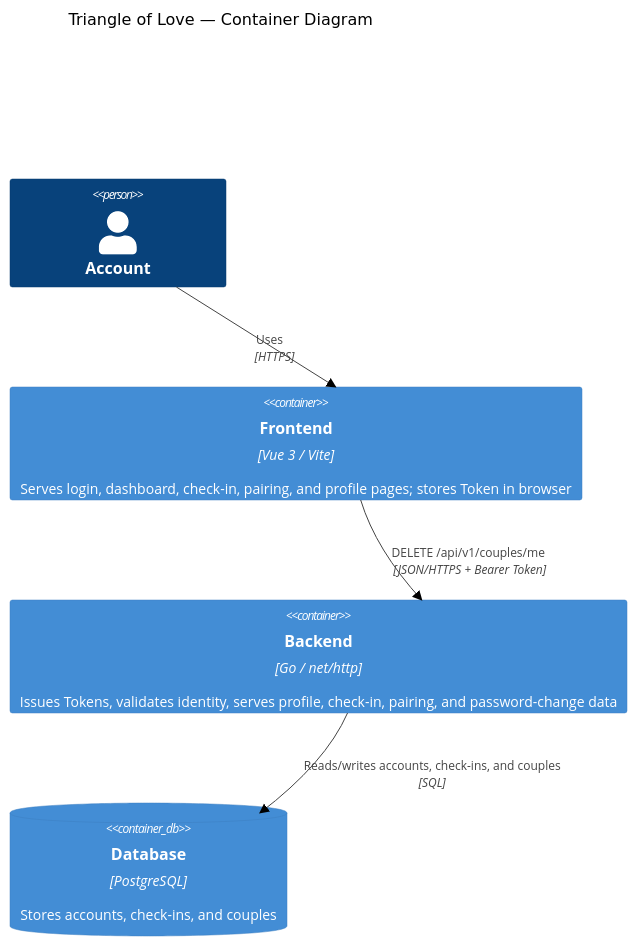
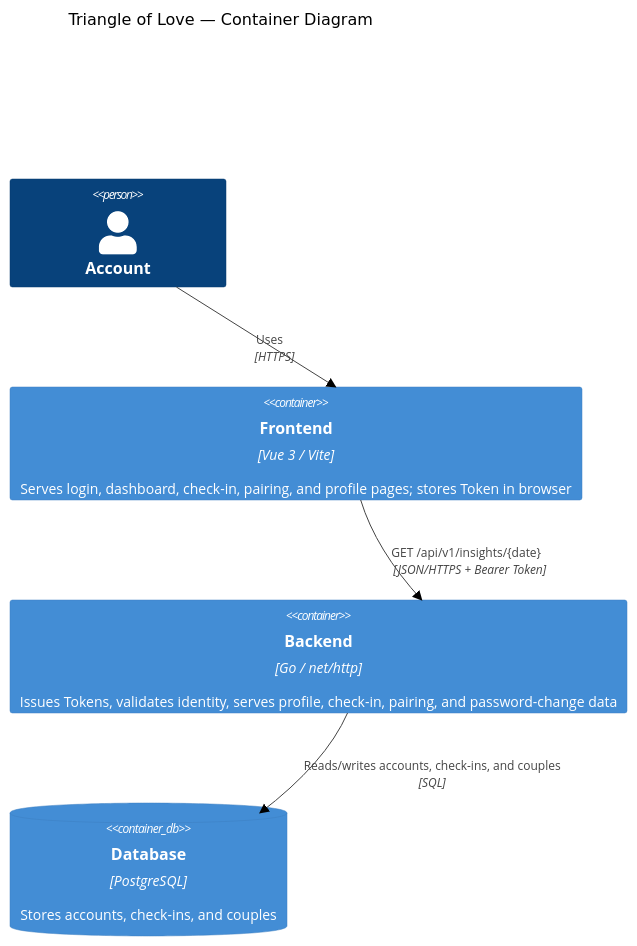
One commit to co0p/triangleoflove changed the second of 3 diagrams in docs/architecture.md. Above: the diagram before and after it, drawn with Mermaid (neutral theme). The commit also changed other lines of this file and 16 other files, not shown here.

Commit message:
Promote Weekly Insights Matrix learnings: API contract, architecture, domain model, design patterns, handler tests (#33)

````diff
--- a/docs/architecture.md
+++ b/docs/architecture.md
@@ -15,20 +15,22 @@
 ```mermaid
 C4Container
     title Triangle of Love — Container Diagram
     Person(account, "Account")
     Container(frontend, "Frontend", "Vue 3 / Vite", "Serves login, dashboard, check-in, pairing, and profile pages; stores Token in browser")
     Container(backend, "Backend", "Go / net/http", "Issues Tokens, validates identity, serves profile, check-in, pairing, and password-change data")
     ContainerDb(db, "Database", "PostgreSQL", "Stores accounts, check-ins, and couples")
     Rel(account, frontend, "Uses", "HTTPS")
     Rel(frontend, backend, "POST /api/v1/auth/login", "JSON/HTTPS")
     Rel(frontend, backend, "PUT /api/v1/auth/password", "JSON/HTTPS + Bearer Token")
     Rel(frontend, backend, "GET /api/v1/users/me", "JSON/HTTPS + Bearer Token")
     Rel(frontend, backend, "GET /api/v1/checkins/today", "JSON/HTTPS + Bearer Token")
     Rel(frontend, backend, "PUT /api/v1/checkins/today", "JSON/HTTPS + Bearer Token")
     Rel(frontend, backend, "GET /api/v1/pairing", "JSON/HTTPS + Bearer Token")
     Rel(frontend, backend, "POST /api/v1/pairing/regenerate", "JSON/HTTPS + Bearer Token")
     Rel(frontend, backend, "POST /api/v1/pairing/connect", "JSON/HTTPS + Bearer Token")
     Rel(frontend, backend, "GET /api/v1/couples/me", "JSON/HTTPS + Bearer Token")
     Rel(frontend, backend, "DELETE /api/v1/couples/me", "JSON/HTTPS + Bearer Token")
+    Rel(frontend, backend, "GET /api/v1/insights", "JSON/HTTPS + Bearer Token")
+    Rel(frontend, backend, "GET /api/v1/insights/{date}", "JSON/HTTPS + Bearer Token")
     Rel(backend, db, "Reads/writes accounts, check-ins, and couples", "SQL")
 ```
````
